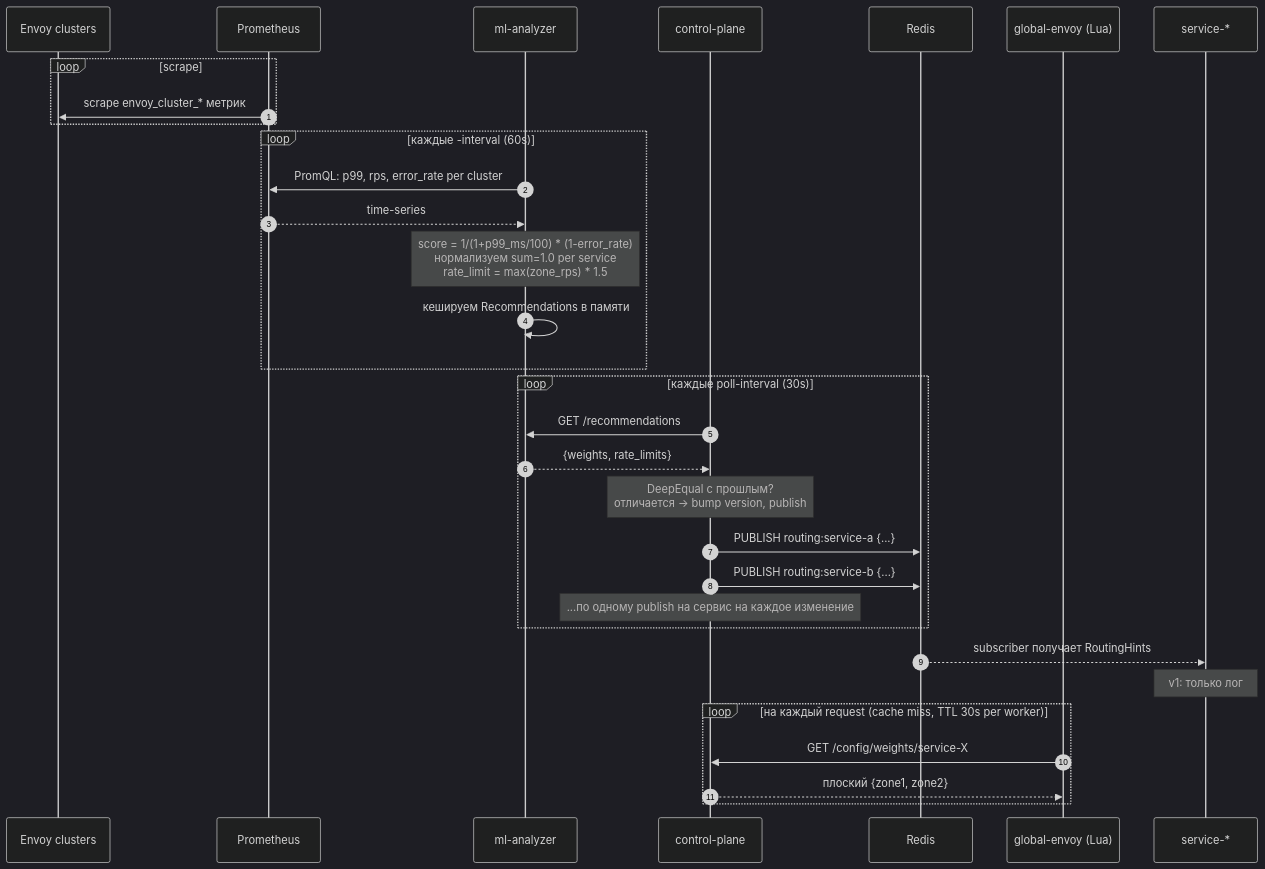
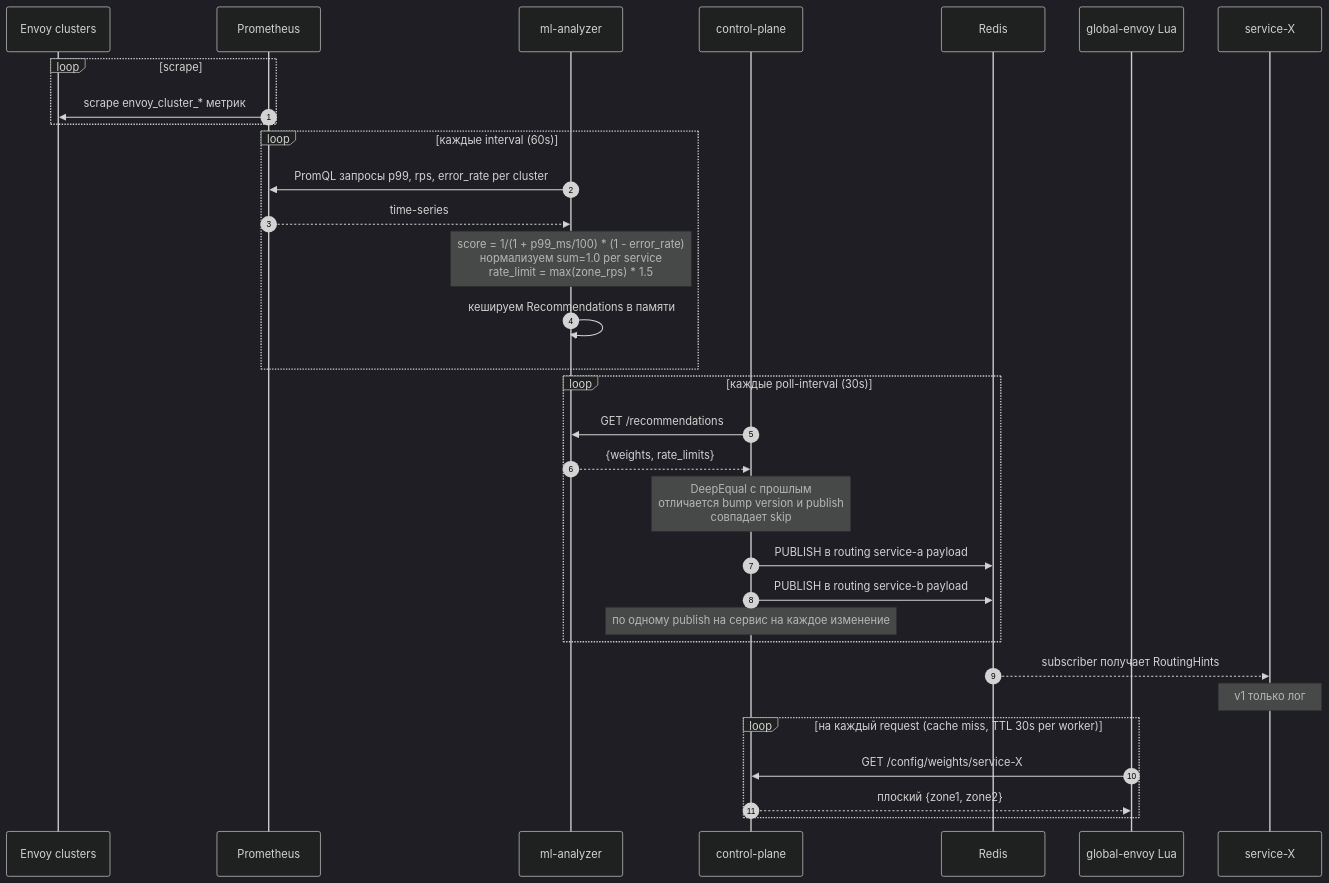
The fourth of 8 diagrams in docs/Architecture.md (MAI-RWB-Tech/geo-distributed-gateway), drawn with Mermaid (dark theme) before and after one commit. The commit also changed other lines of this file, not shown here.

First line of the commit message:
docs(Architecture): fix Mermaid sequence-diagram parse errors

````diff
--- a/docs/Architecture.md
+++ b/docs/Architecture.md
@@ -204,39 +204,39 @@
 ```mermaid
 sequenceDiagram
     autonumber
     participant E as Envoy clusters
     participant P as Prometheus
     participant ML as ml-analyzer
     participant CP as control-plane
     participant R as Redis
-    participant LUA as global-envoy (Lua)
-    participant APP as service-*
+    participant LUA as global-envoy Lua
+    participant APP as service-X
 
     loop scrape
         P->>E: scrape envoy_cluster_* метрик
     end
 
-    loop каждые -interval (60s)
-        ML->>P: PromQL: p99, rps, error_rate per cluster
+    loop каждые interval (60s)
+        ML->>P: PromQL запросы p99, rps, error_rate per cluster
         P-->>ML: time-series
-        Note over ML: score = 1/(1+p99_ms/100) * (1-error_rate)<br/>нормализуем sum=1.0 per service<br/>rate_limit = max(zone_rps) * 1.5
+        Note over ML: score = 1/(1 + p99_ms/100) * (1 - error_rate)<br/>нормализуем sum=1.0 per service<br/>rate_limit = max(zone_rps) * 1.5
         ML->>ML: кешируем Recommendations в памяти
     end
 
     loop каждые poll-interval (30s)
         CP->>ML: GET /recommendations
         ML-->>CP: {weights, rate_limits}
-        Note over CP: DeepEqual c прошлым?<br/>отличается -> bump version, publish
-        CP->>R: PUBLISH routing:service-a {...}
-        CP->>R: PUBLISH routing:service-b {...}
-        Note over CP: ...по одному publish на сервис на каждое изменение
+        Note over CP: DeepEqual с прошлым<br/>отличается bump version и publish<br/>совпадает skip
+        CP->>R: PUBLISH в routing service-a payload
+        CP->>R: PUBLISH в routing service-b payload
+        Note over CP: по одному publish на сервис на каждое изменение
     end
 
     R-->>APP: subscriber получает RoutingHints
-    Note over APP: v1: только лог
+    Note over APP: v1 только лог
 
     loop на каждый request (cache miss, TTL 30s per worker)
         LUA->>CP: GET /config/weights/service-X
         CP-->>LUA: плоский {zone1, zone2}
     end
 ```
````
